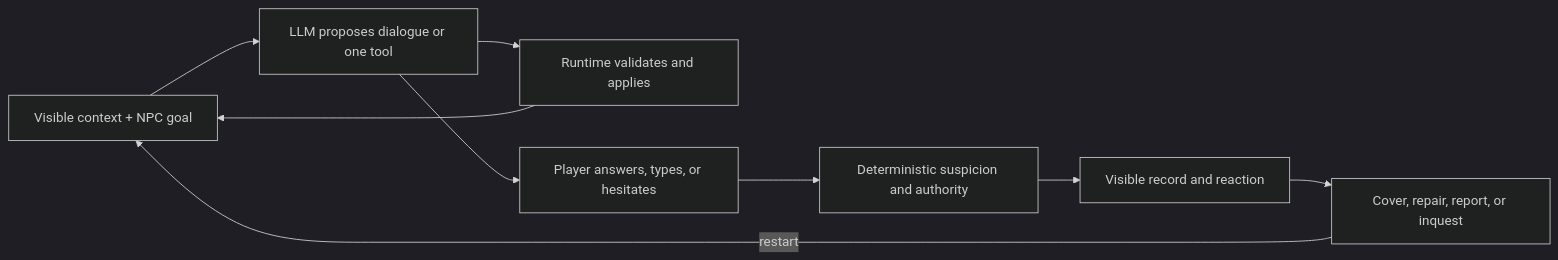
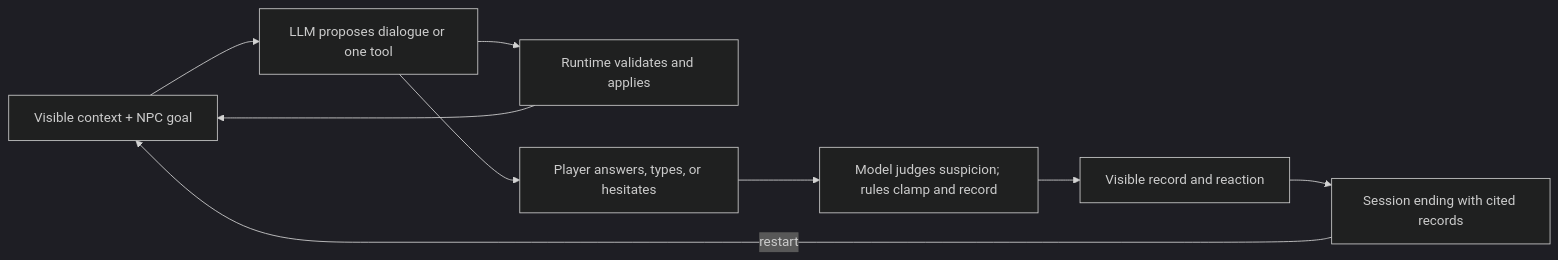
The diagram in README.md (gigio1023/dream-of-one), drawn with Mermaid (dark theme) before and after one commit. The commit also changed other lines of this file, not shown here.

First line of the commit message:
docs: update README for model-judged authority and repo skills

````diff
--- a/README.md
+++ b/README.md
@@ -88,11 +89,11 @@
 ```mermaid
 flowchart LR
     C["Visible context + NPC goal"] --> P["LLM proposes dialogue or one tool"]
     P --> R["Runtime validates and applies"]
     R --> C
     P --> A["Player answers, types, or hesitates"]
-    A --> D["Deterministic suspicion and authority"]
+    A --> D["Model judges suspicion; rules clamp and record"]
     D --> V["Visible record and reaction"]
-    V --> O["Cover, repair, report, or inquest"]
+    V --> O["Session ending with cited records"]
     O -->|restart| C
 ```
````
